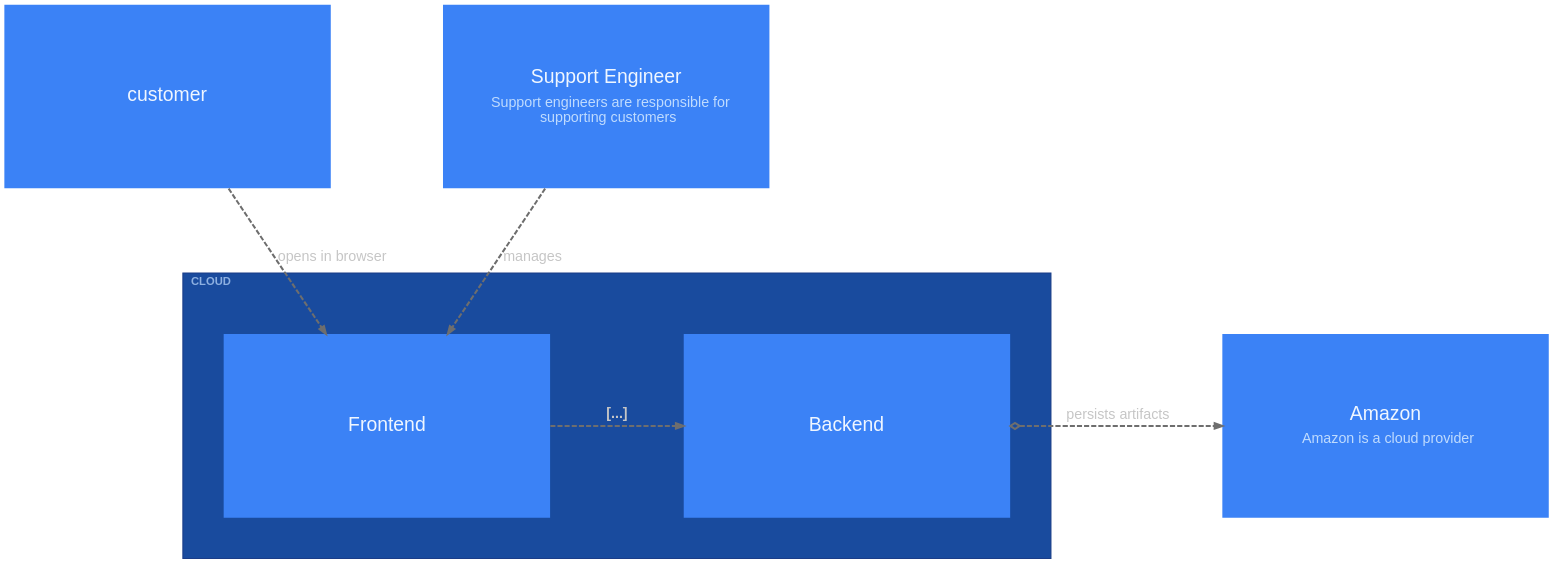
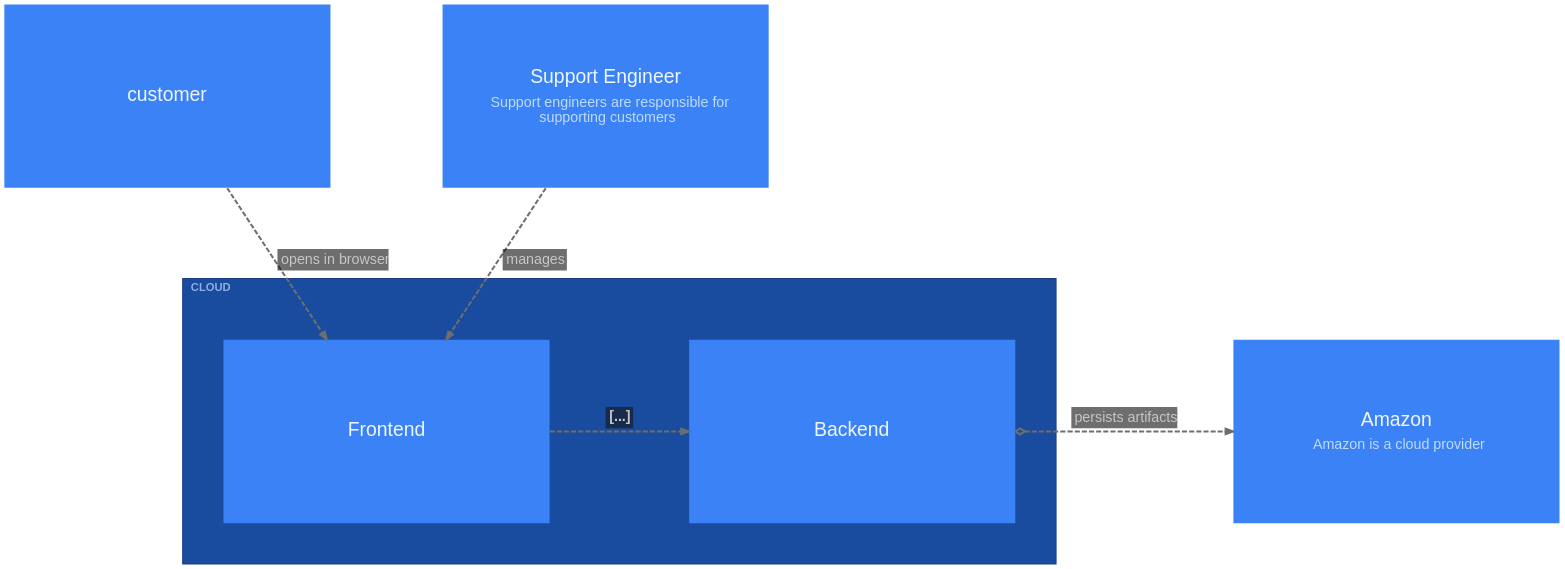
The diagram in packages/layouts/src/graphviz/__snapshots__/ElementViewPrinter-cloud.dot (likec4/likec4), drawn with Graphviz before and after one commit. The commit also changed 6 other files, not shown here.

Commit message:
revert table around edge label

```diff
--- a/packages/layouts/src/graphviz/__snapshots__/ElementViewPrinter-cloud.dot
+++ b/packages/layouts/src/graphviz/__snapshots__/ElementViewPrinter-cloud.dot
@@ -1,119 +1,119 @@
 digraph {
   bgcolor = "transparent";
   layout = "dot";
   compound = true;
   rankdir = "TB";
   TBbalance = "min";
   splines = "spline";
   outputorder = "nodesfirst";
   nodesep = 1.528;
   ranksep = 1.667;
   pack = 120;
   packmode = "array_3";
   pad = 0.209;
   fontname = "Arial";
   graph [
     fontsize = 15;
     labeljust = "l";
     labelloc = "t";
     margin = 50.1;
   ];
   edge [
     arrowsize = 0.75;
     fontname = "Arial";
     fontsize = 14;
     penwidth = 2;
     color = "#6E6E6E";
     fontcolor = "#C6C6C6";
   ];
   node [
     fontname = "Arial";
     shape = "rect";
     width = 4.445;
     height = 2.5;
     style = "filled";
     penwidth = 0;
   ];
   "customer" [
     likec4_id = "customer";
     likec4_level = 0;
     fillcolor = "#3b82f6";
     fontcolor = "#eff6ff";
     color = "#2563eb";
     margin = "0.362,0.362";
     label = <<FONT POINT-SIZE="19">customer</FONT>>;
   ];
   "support" [
     likec4_id = "support";
     likec4_level = 0;
     fillcolor = "#3b82f6";
     fontcolor = "#eff6ff";
     color = "#2563eb";
     margin = "0.362,0.362";
     label = <<TABLE BORDER="0" CELLPADDING="0" CELLSPACING="6"><TR><TD><FONT POINT-SIZE="19">Support Engineer</FONT></TD></TR><TR><TD><FONT POINT-SIZE="14" COLOR="#bfdbfe">Support engineers are responsible for<BR/>supporting customers</FONT></TD></TR></TABLE>>;
   ];
   "frontend" [
     likec4_id = "cloud.frontend";
     likec4_level = 1;
     fillcolor = "#3b82f6";
     fontcolor = "#eff6ff";
     color = "#2563eb";
     margin = "0.417,0.445";
     label = <<FONT POINT-SIZE="19">Frontend</FONT>>;
   ];
   "backend" [
     likec4_id = "cloud.backend";
     likec4_level = 1;
     fillcolor = "#3b82f6";
     fontcolor = "#eff6ff";
     color = "#2563eb";
     margin = "0.362,0.362";
     label = <<FONT POINT-SIZE="19">Backend</FONT>>;
   ];
   "amazon" [
     likec4_id = "amazon";
     likec4_level = 0;
     fillcolor = "#3b82f6";
     fontcolor = "#eff6ff";
     color = "#2563eb";
     margin = "0.362,0.362";
     label = <<TABLE BORDER="0" CELLPADDING="0" CELLSPACING="6"><TR><TD><FONT POINT-SIZE="19">Amazon</FONT></TD></TR><TR><TD><FONT POINT-SIZE="14" COLOR="#bfdbfe">Amazon is a cloud provider</FONT></TD></TR></TABLE>>;
   ];
   subgraph "cluster_cloud" {
     likec4_id = "cloud";
     likec4_level = 0;
     likec4_depth = 1;
     fillcolor = "#194b9e";
     color = "#1b3d88";
     style = "filled";
     margin = 40;
     label = <<FONT POINT-SIZE="11" COLOR="#bfdbfeb3"><B>CLOUD</B></FONT>>;
     "frontend";
     "backend";
   }
   "customer" -> "frontend" [
     likec4_id = "customer:cloud.frontend";
     style = "dashed";
-    label = <<FONT POINT-SIZE="14">opens in browser</FONT>>;
+    label = <<TABLE BORDER="0" CELLPADDING="3" CELLSPACING="0" BGCOLOR="#18191bA0"><TR><TD ALIGN="TEXT" BALIGN="LEFT"><FONT POINT-SIZE="14">opens in browser</FONT></TD></TR></TABLE>>;
   ];
   "support" -> "frontend" [
     likec4_id = "support:cloud.frontend";
     style = "dashed";
-    label = <<FONT POINT-SIZE="14">manages</FONT>>;
+    label = <<TABLE BORDER="0" CELLPADDING="3" CELLSPACING="0" BGCOLOR="#18191bA0"><TR><TD ALIGN="TEXT" BALIGN="LEFT"><FONT POINT-SIZE="14">manages</FONT></TD></TR></TABLE>>;
   ];
   "frontend" -> "backend" [
     likec4_id = "cloud.frontend:cloud.backend";
     style = "dashed";
-    label = <<FONT POINT-SIZE="14"><B>[...]</B></FONT>>;
+    label = <<TABLE BORDER="0" CELLPADDING="3" CELLSPACING="0" BGCOLOR="#18191bA0"><TR><TD ALIGN="TEXT" BALIGN="LEFT"><FONT POINT-SIZE="14"><B>[...]</B></FONT></TD></TR></TABLE>>;
     minlen = 0;
   ];
   "backend" -> "amazon" [
     likec4_id = "cloud.backend:amazon";
     style = "dashed";
-    label = <<FONT POINT-SIZE="14">persists artifacts</FONT>>;
+    label = <<TABLE BORDER="0" CELLPADDING="3" CELLSPACING="0" BGCOLOR="#18191bA0"><TR><TD ALIGN="TEXT" BALIGN="LEFT"><FONT POINT-SIZE="14">persists artifacts</FONT></TD></TR></TABLE>>;
     arrowhead = "normal";
     arrowtail = "odiamond";
     dir = "both";
     minlen = 0;
   ];
 }
```
